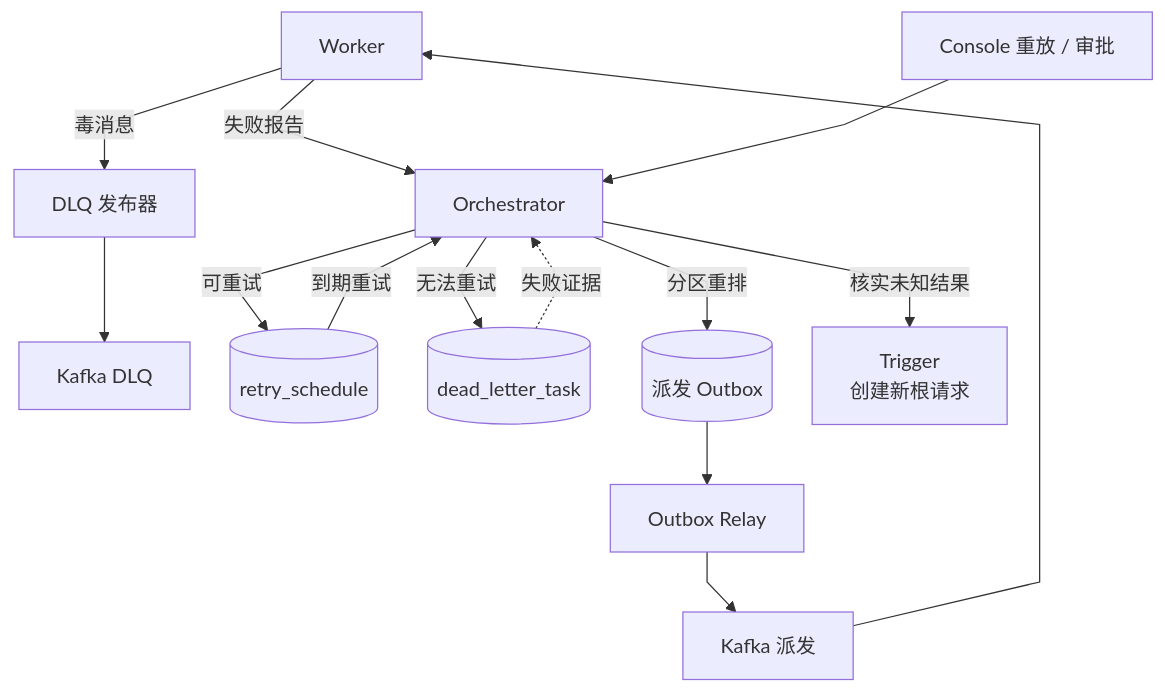
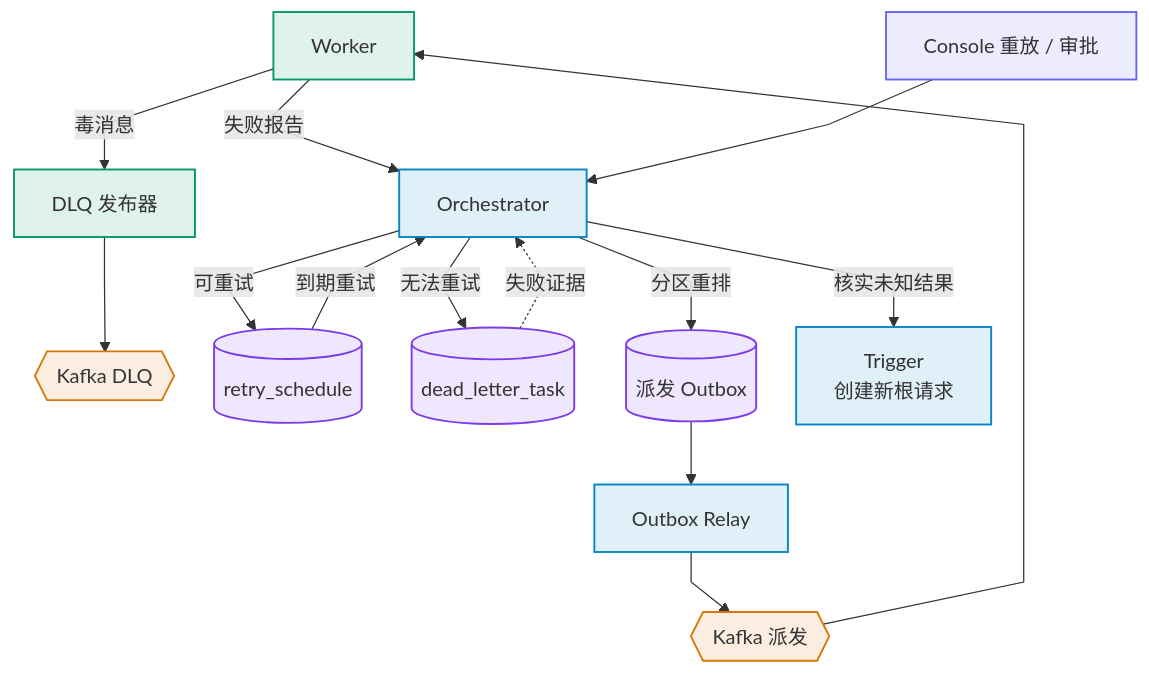
Before and after one commit to pinpols/file-batch-system: the sixth of 23 diagrams in docs/architecture/system-flow-overview.md, drawn with Mermaid. The commit also changed other lines of this file and 11 other files, not shown here.

First line of the commit message:
docs(diagram): P2 文档图按图例统一并按源码核对状态机 (#1383)

````diff
--- a/docs/architecture/system-flow-overview.md
+++ b/docs/architecture/system-flow-overview.md
@@ -238,14 +245,21 @@
 ```mermaid
 %%{init: {"flowchart":{"curve":"linear","nodeSpacing":32,"rankSpacing":48},"sequence":{"mirrorActors":false}}}%%
 flowchart TB
-  W["Worker"] -->|"毒消息"| P["DLQ 发布器"] --> K["Kafka DLQ"]
-  W -->|"失败报告"| O["Orchestrator"]
-  O -->|"可重试"| R[("retry_schedule")]
+  W["Worker"]:::worker -->|"毒消息"| P["DLQ 发布器"]:::worker --> K{{"Kafka DLQ"}}:::mq
+  W -->|"失败报告"| O["Orchestrator"]:::control
+  O -->|"可重试"| R[("retry_schedule")]:::store
   R -->|"到期重试"| O
-  O -->|"无法重试"| D[("dead_letter_task")]
-  C["Console 重放 / 审批"] --> O
+  O -->|"无法重试"| D[("dead_letter_task")]:::store
+  C["Console 重放 / 审批"]:::entry --> O
   D -. "失败证据" .-> O
-  O -->|"分区重排"| B[("派发 Outbox")]
-  B --> REL["Outbox Relay"] --> DIS["Kafka 派发"] --> W
-  O -->|"核实未知结果"| T["Trigger<br/>创建新根请求"]
+  O -->|"分区重排"| B[("派发 Outbox")]:::store
+  B --> REL["Outbox Relay"]:::control --> DIS{{"Kafka 派发"}}:::mq --> W
+  O -->|"核实未知结果"| T["Trigger<br/>创建新根请求"]:::control
+  classDef entry fill:#6366f11f,stroke:#6366f1,stroke-width:1.5px
+  classDef control fill:#0284c71f,stroke:#0284c7,stroke-width:1.5px
+  classDef mq fill:#d977061f,stroke:#d97706,stroke-width:1.5px
+  classDef worker fill:#0596691f,stroke:#059669,stroke-width:1.5px
+  classDef store fill:#7c3aed1f,stroke:#7c3aed,stroke-width:1.5px
+  classDef ext fill:#64748b14,stroke:#64748b,stroke-width:1.2px,stroke-dasharray:4 3
+  classDef lib fill:#64748b14,stroke:#64748b,stroke-width:1.2px
 ```
````
